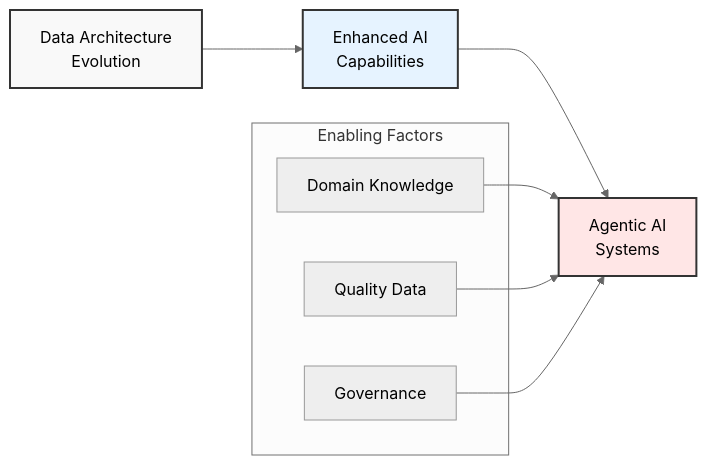
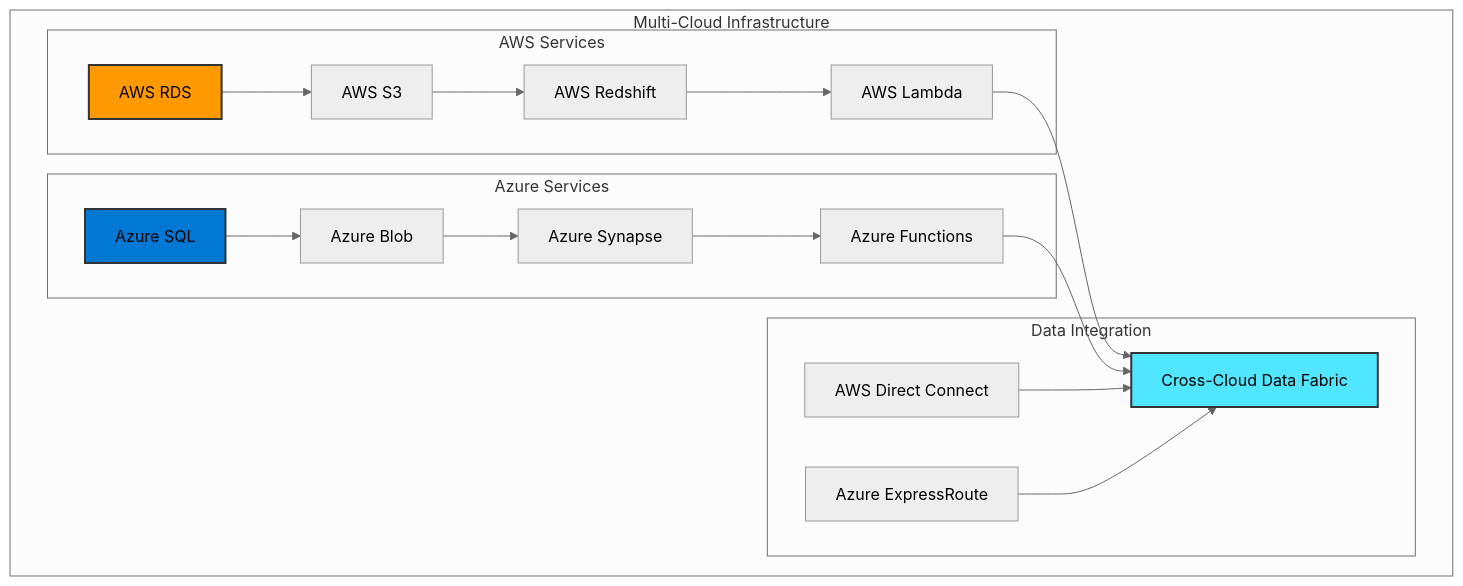
One commit to data-octo/agentic_ai_research changed the second of 3 diagrams in enterprise_data_architecture/chapters/01_introduction.md. Above: the diagram before and after it, drawn with Mermaid (neutral theme). The commit also changed other lines of this file and 11 other files, not shown here.

````diff
--- a/enterprise_data_architecture/chapters/01_introduction.md
+++ b/enterprise_data_architecture/chapters/01_introduction.md
@@ -77,19 +58,31 @@
 ```mermaid
-graph LR
-    A[Data Architecture<br>Evolution] --> B[Enhanced AI<br>Capabilities]
-    B --> C[Agentic AI<br>Systems]
-    
-    subgraph "Enabling Factors"
-        D[Domain Knowledge]
-        E[Quality Data]
-        F[Governance]
+graph TB
+    subgraph "Multi-Cloud Infrastructure"
+        subgraph "AWS Services"
+            A1[AWS RDS] --> A2[AWS S3]
+            A2 --> A3[AWS Redshift]
+            A3 --> A4[AWS Lambda]
+        end
+        
+        subgraph "Azure Services"
+            B1[Azure SQL] --> B2[Azure Blob]
+            B2 --> B3[Azure Synapse]
+            B3 --> B4[Azure Functions]
+        end
+        
+        subgraph "Data Integration"
+            C1[AWS Direct Connect]
+            C2[Azure ExpressRoute]
+            C3[Cross-Cloud Data Fabric]
+        end
+        
+        A4 --> C3
+        B4 --> C3
+        C1 --> C3
+        C2 --> C3
     end
     
-    D --> C
-    E --> C
-    F --> C
-    
-    style A fill:#f9f9f9,stroke:#333,stroke-width:2px
-    style B fill:#e6f3ff,stroke:#333,stroke-width:2px
-    style C fill:#ffe6e6,stroke:#333,stroke-width:2px
+    style A1 fill:#ff9900,stroke:#333,stroke-width:2px
+    style B1 fill:#0078d4,stroke:#333,stroke-width:2px
+    style C3 fill:#50e6ff,stroke:#333,stroke-width:2px
 ```
````
